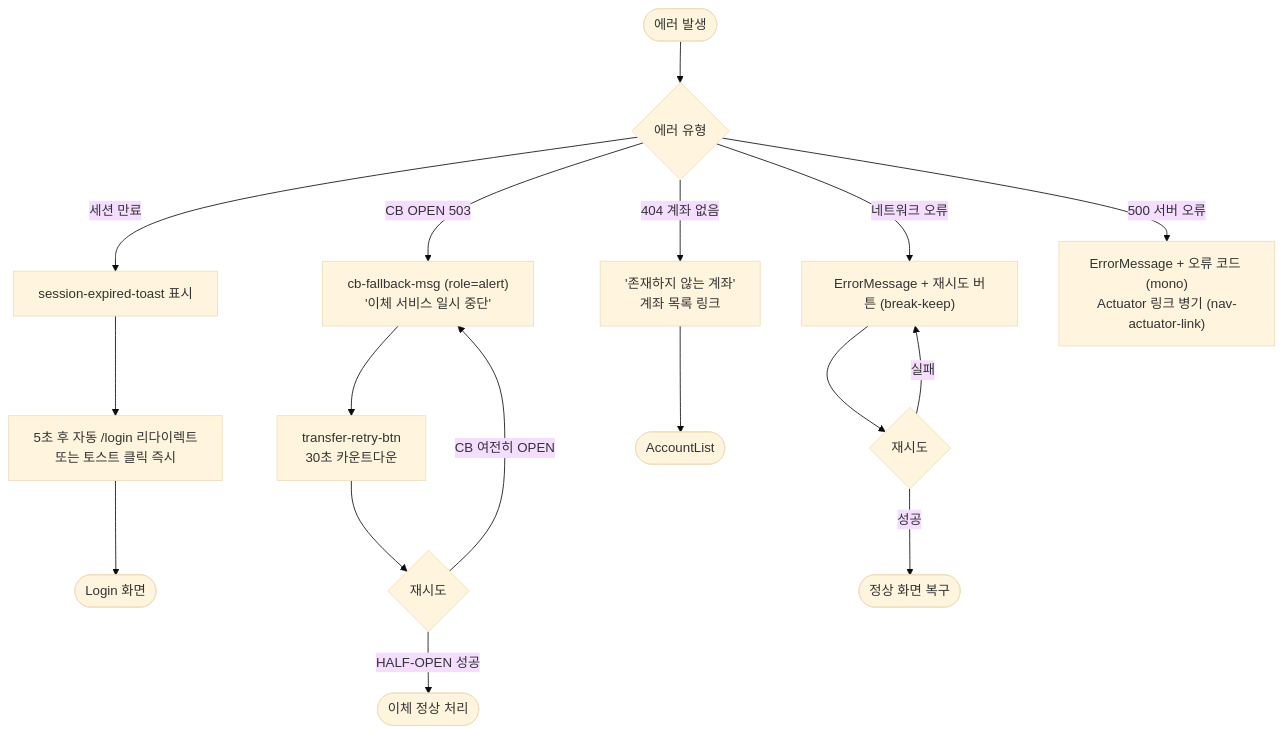
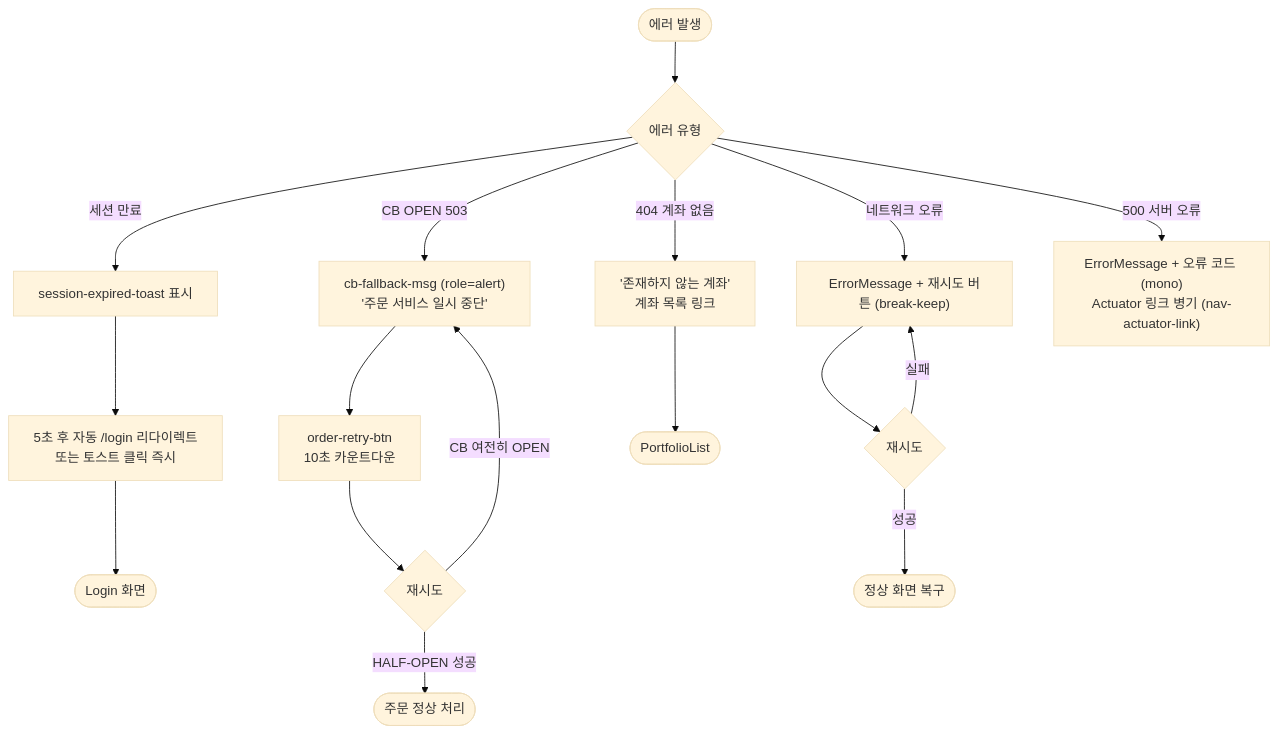
Before and after one commit to DoYouLikeFIx/FIXYZ: the fourth of 4 diagrams in _bmad-output/planning-artifacts/ux-design-specification.md, drawn with Mermaid (base theme). The commit also changed other lines of this file and 4 other files, not shown here.

````diff
--- a/_bmad-output/planning-artifacts/ux-design-specification.md
+++ b/_bmad-output/planning-artifacts/ux-design-specification.md
@@ -1444,24 +1456,24 @@
 ```mermaid
 flowchart TD
     A([에러 발생]) --> B{에러 유형}
 
     B -->|세션 만료| C["session-expired-toast 표시"]
     C --> D["5초 후 자동 /login 리다이렉트\n또는 토스트 클릭 즉시"]
     D --> E([Login 화면])
 
-    B -->|CB OPEN 503| F["cb-fallback-msg (role=alert)\n'이체 서비스 일시 중단'"]
-    F --> G["transfer-retry-btn\n30초 카운트다운"]
+    B -->|CB OPEN 503| F["cb-fallback-msg (role=alert)\n'주문 서비스 일시 중단'"]
+    F --> G["order-retry-btn\n10초 카운트다운"]
     G --> H{재시도}
-    H -->|HALF-OPEN 성공| I([이체 정상 처리])
+    H -->|HALF-OPEN 성공| I([주문 정상 처리])
     H -->|CB 여전히 OPEN| F
 
     B -->|네트워크 오류| J["ErrorMessage + 재시도 버튼 (break-keep)"]
     J --> K{재시도}
     K -->|성공| L([정상 화면 복구])
     K -->|실패| J
 
     B -->|404 계좌 없음| M["'존재하지 않는 계좌'\n계좌 목록 링크"]
-    M --> N([AccountList])
+    M --> N([PortfolioList])
 
     B -->|500 서버 오류| O["ErrorMessage + 오류 코드 (mono)\nActuator 링크 병기 (nav-actuator-link)"]
 ```
````
